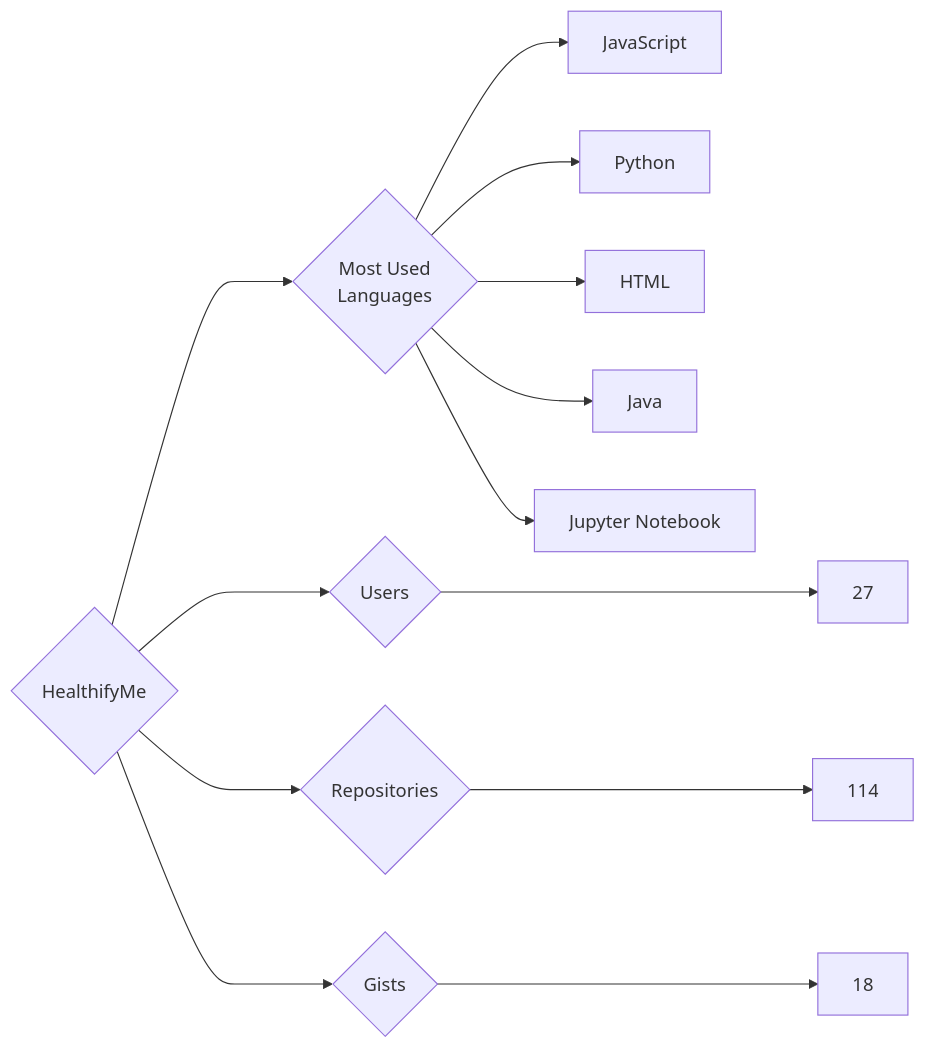
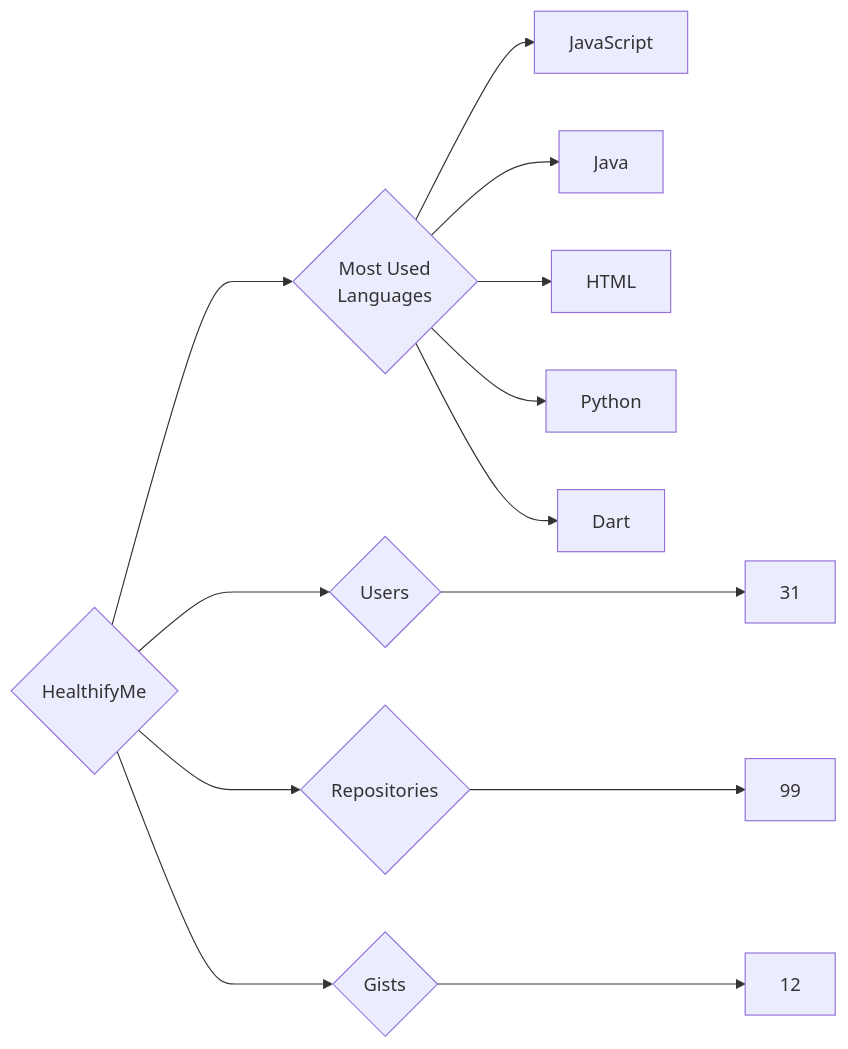
The diagram in targets/HealthifyMe/README.md (trickest/insiders), drawn with Mermaid before and after one commit. The commit also changed 891 other files, not shown here.

````diff
--- a/targets/HealthifyMe/README.md
+++ b/targets/HealthifyMe/README.md
@@ -3,13 +3,13 @@
 ```mermaid
 graph LR
 COMPANY_NAME{HealthifyMe}
-COMPANY_NAME ---> U{Users} ---> UN[27]
-COMPANY_NAME ---> R{Repositories} ---> RN[114]
-COMPANY_NAME ---> G{Gists} ---> GN[18]
+COMPANY_NAME ---> U{Users} ---> UN[31]
+COMPANY_NAME ---> R{Repositories} ---> RN[99]
+COMPANY_NAME ---> G{Gists} ---> GN[12]
 COMPANY_NAME ---> ML{Most Used<br>Languages}
 ML --> JavaScript[JavaScript]
+ML --> Java[Java]
+ML --> HTML[HTML]
 ML --> Python[Python]
-ML --> HTML[HTML]
-ML --> Java[Java]
-ML --> Jupyter_Notebook[Jupyter Notebook]
+ML --> Dart[Dart]
 ```
````
